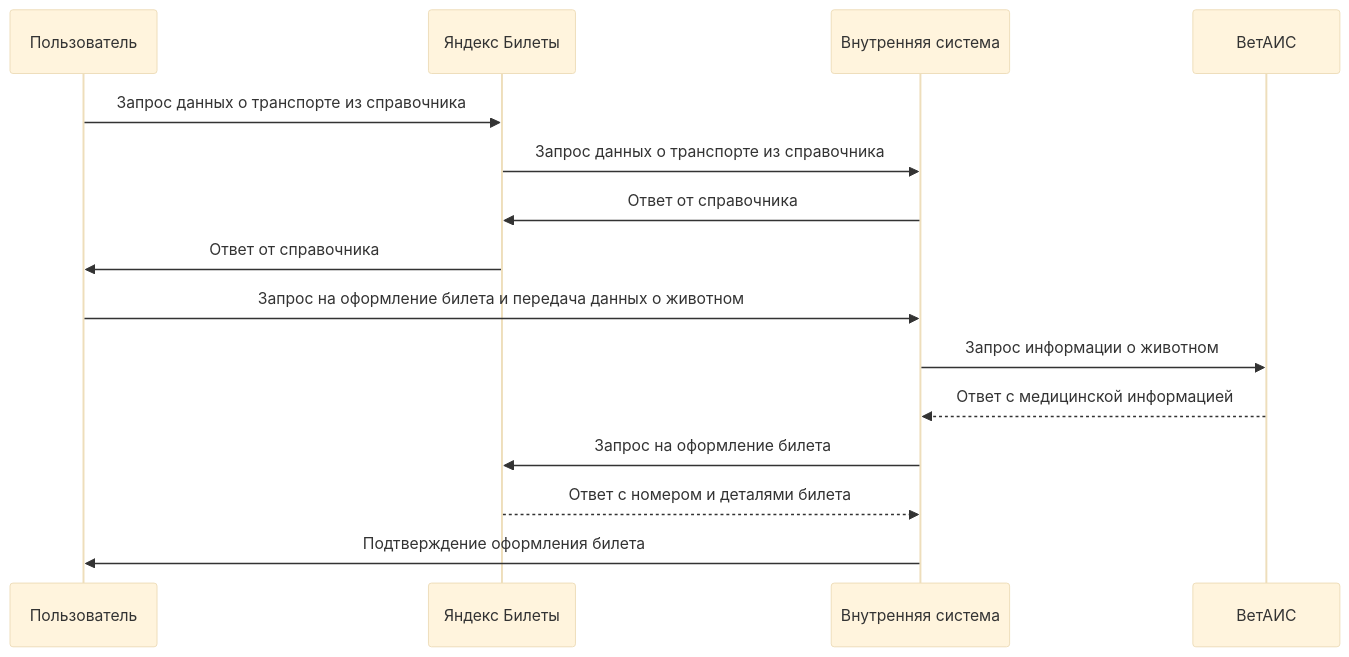
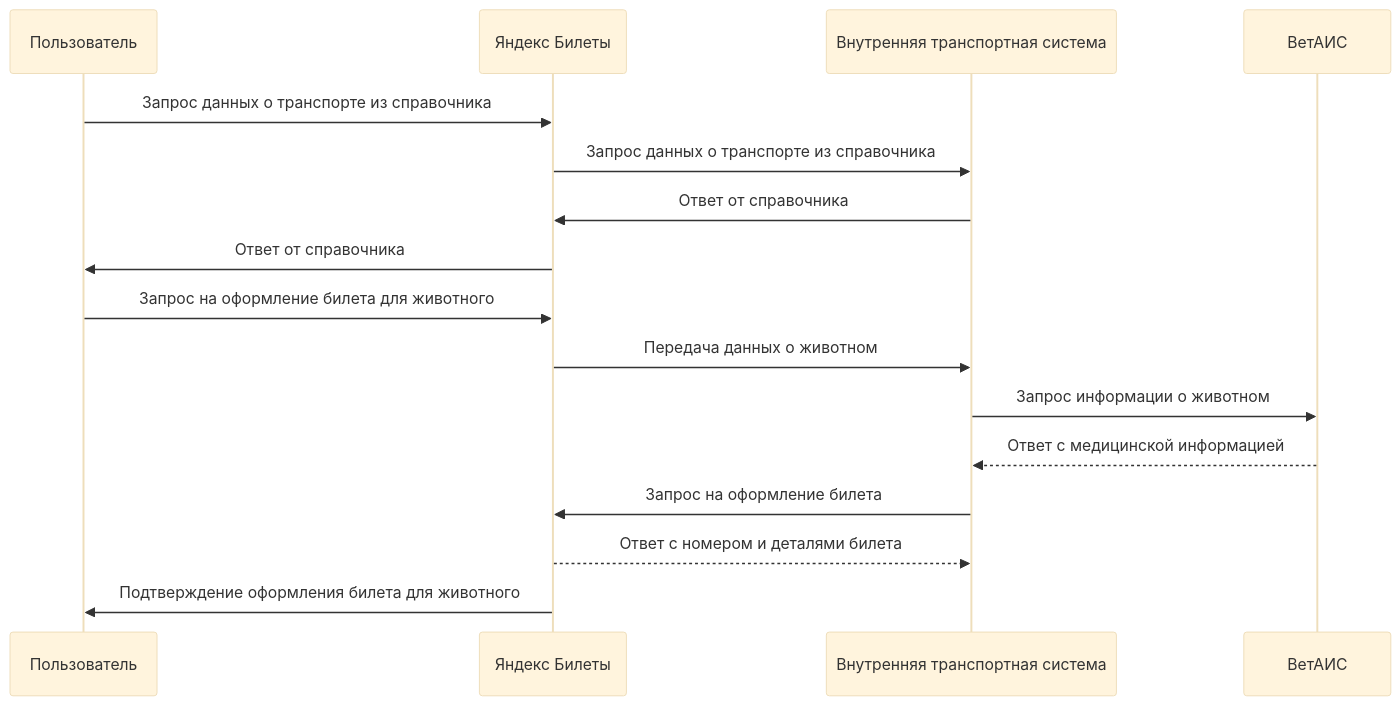
Before and after one commit to Gr-Move/Portfolio: the first of 5 diagrams in Cases/Case-2/diagrams.md, drawn with Mermaid (base theme).

Commit message:
Zero-Uploading

````diff
--- a/Cases/Case-2/diagrams.md
+++ b/Cases/Case-2/diagrams.md
@@ -6,18 +6,19 @@
 ```mermaid
 sequenceDiagram;
     participant User as Пользователь
     participant YB as Яндекс Билеты
-    participant Internal as Внутренняя система
+    participant Internal as Внутренняя транспортная система
     participant VetAIS as ВетАИС
 
     User->>YB: Запрос данных о транспорте из справочника
     YB->>Internal: Запрос данных о транспорте из справочника
     Internal->>YB: Ответ от справочника
     YB->>User: Ответ от справочника
-    User->>Internal:  Запрос на оформление билета и передача данных о животном
+    User->>YB:  Запрос на оформление билета для животного
+    YB->>Internal:  Передача данных о животном
     Internal->>VetAIS: Запрос информации о животном
     VetAIS-->>Internal: Ответ с медицинской информацией
     Internal->>YB: Запрос на оформление билета
     YB-->>Internal: Ответ с номером и деталями билета
-    Internal->>User: Подтверждение оформления билета
+    YB->>User: Подтверждение оформления билета для животного
 ```
````
